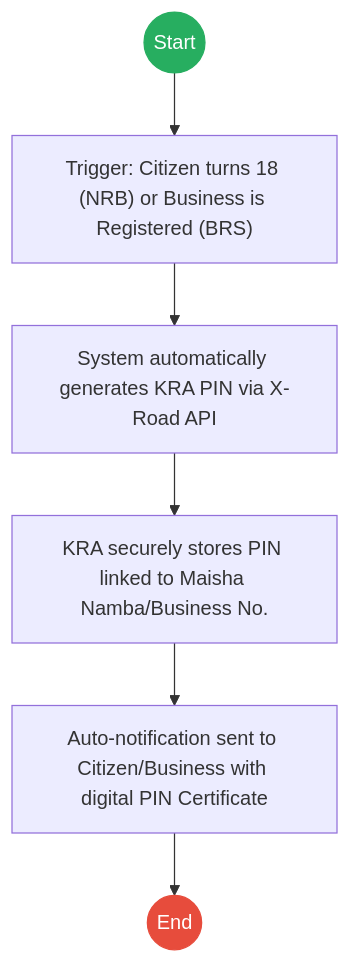
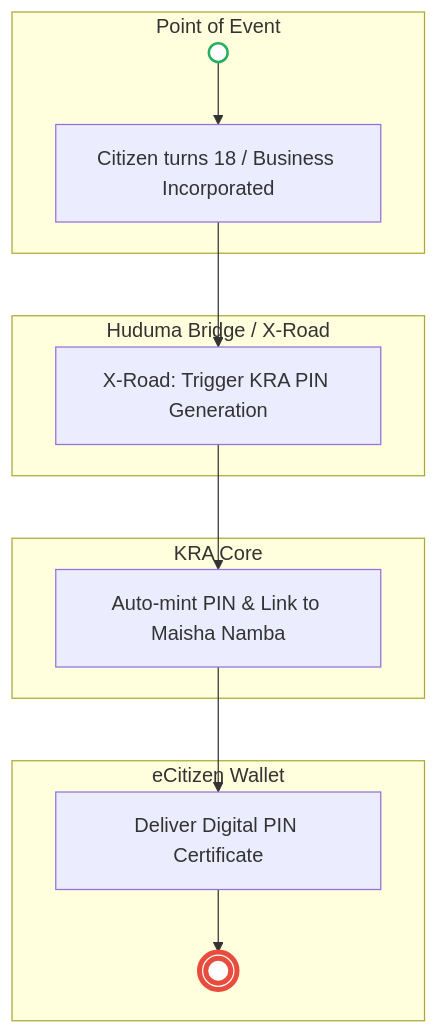
Before and after one commit to BITZ-IT-Consulting-LTD/ictapoc: the second of 4 diagrams in mdas/docs_final/Kenya_Revenue_Authority___Tax_Return_Filing.md, drawn with Mermaid. The commit also changed other lines of this file and 13 other files, not shown here.

````diff
--- a/mdas/docs_final/Kenya_Revenue_Authority___Tax_Return_Filing.md
+++ b/mdas/docs_final/Kenya_Revenue_Authority___Tax_Return_Filing.md
@@ -51,13 +54,22 @@
 ```mermaid
-graph TD
-    Start((Start)) --> T1
-    T1["Trigger: Citizen turns 18 (NRB) or Business is Registered (BRS)"] --> T2
-    T2["System automatically generates KRA PIN via X-Road API"] --> T3
-    T3["KRA securely stores PIN linked to Maisha Namba/Business No."] --> T4
-    T4["Auto-notification sent to Citizen/Business with digital PIN Certificate"] --> End((End))
+flowchart TD
+    subgraph Event["Point of Event"]
+        Start(( )) --> E1[Citizen turns 18 / Business Incorporated]
+    end
 
-    classDef start fill:#27ae60,stroke:#27ae60,color:#fff;
-    classDef endNode fill:#e74c3c,stroke:#e74c3c,color:#fff;
-    class Start start;
-    class End endNode;
+    subgraph Hub["Huduma Bridge / X-Road"]
+        E1 --> H1[X-Road: Trigger KRA PIN Generation]
+    end
+
+    subgraph KRA["KRA Core"]
+        H1 --> K1[Auto-mint PIN & Link to Maisha Namba]
+    end
+
+    subgraph Wallet["eCitizen Wallet"]
+        K1 --> W1[Deliver Digital PIN Certificate]
+        W1 --> End((( )))
+    end
+
+    style Start fill:#fff,stroke:#27ae60,stroke-width:2px
+    style End fill:#fff,stroke:#e74c3c,stroke-width:4px
 ```
````
